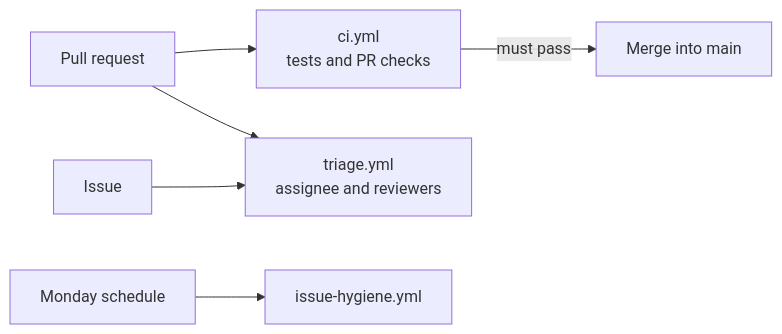
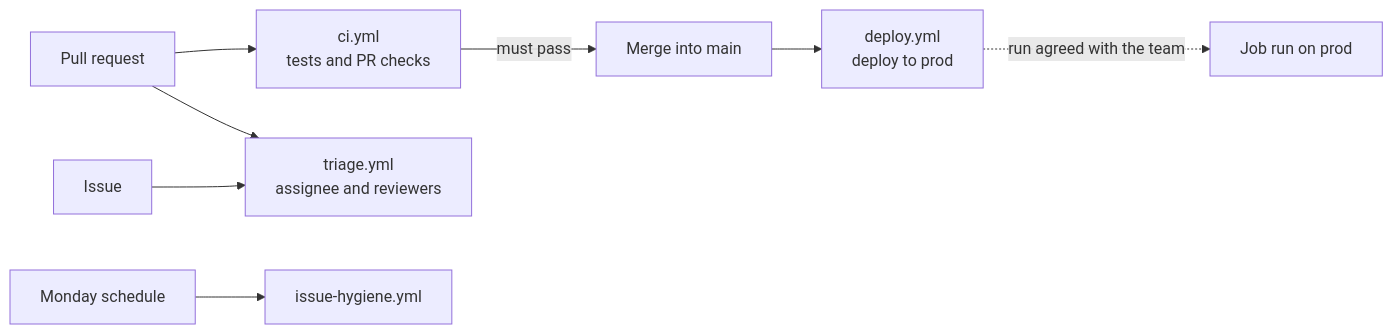
The diagram in .github/workflows/README.md (hyenalouise/edu-access-sandbox), drawn with Mermaid before and after one commit. The commit also changed other lines of this file and 3 other files, not shown here.

````diff
--- a/.github/workflows/README.md
+++ b/.github/workflows/README.md
@@ -11,8 +12,10 @@
 ```mermaid
 flowchart LR
     pr[Pull request] --> ci[ci.yml<br/>tests and PR checks]
     pr --> triage[triage.yml<br/>assignee and reviewers]
     issue[Issue] --> triage
     cron[Monday schedule] --> hygiene[issue-hygiene.yml]
     ci -->|must pass| merge[Merge into main]
+    merge --> deploy[deploy.yml<br/>deploy to prod]
+    deploy -.->|run agreed with the team| run[Job run on prod]
 ```
````
